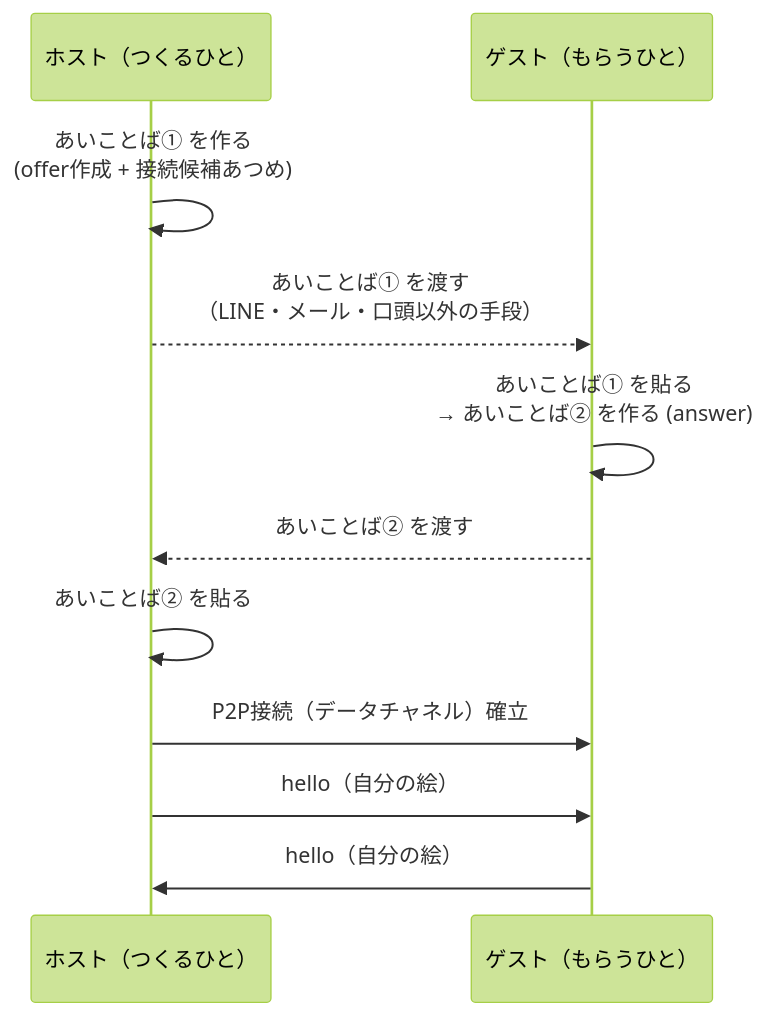
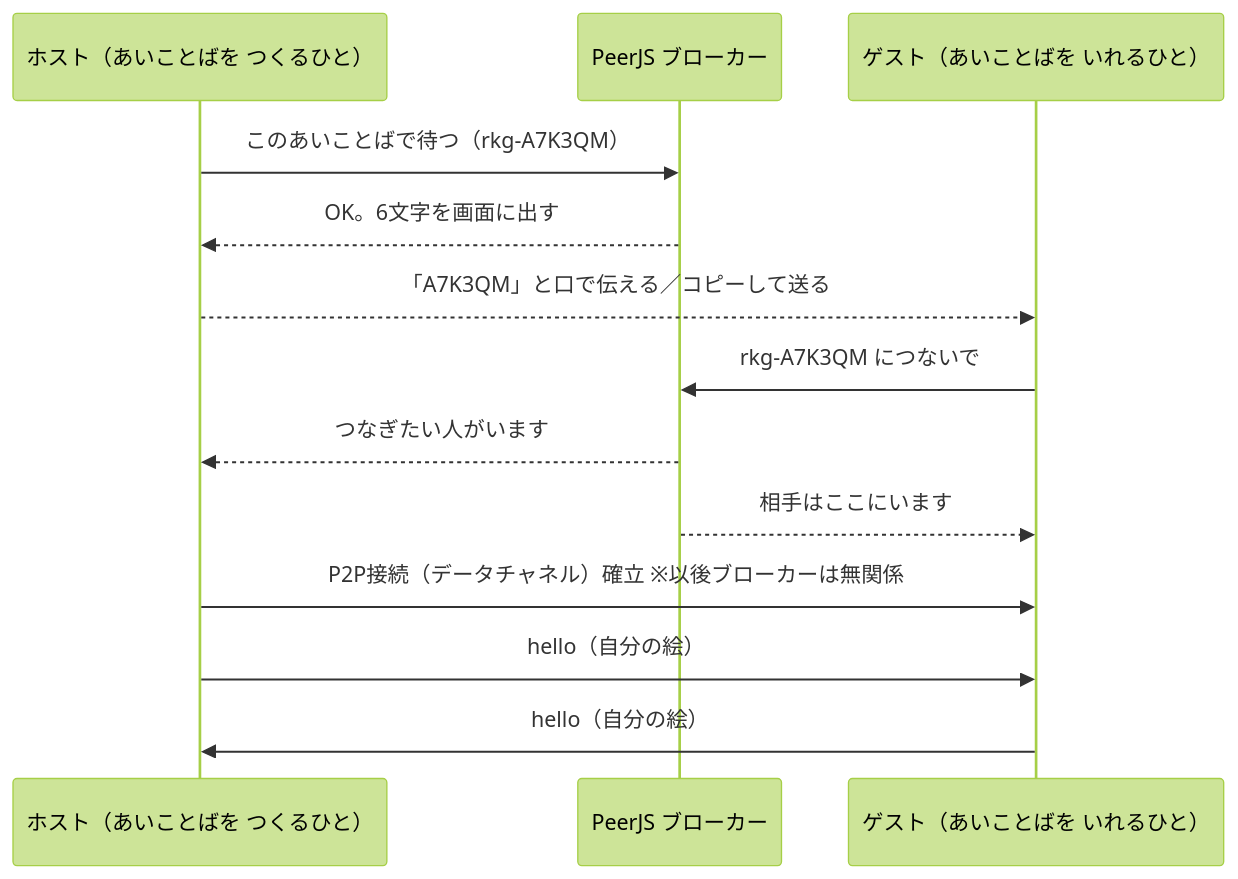
One commit to sakanayuki/cc_rakugaki changed the third of 3 diagrams in DESIGN.md. Above: the diagram before and after it, drawn with Mermaid (forest theme). The commit also changed other lines of this file, not shown here.

First line of the commit message:
設計書: オンラインたいせんのマッチングを PeerJS 方式に変更

````diff
--- a/DESIGN.md
+++ b/DESIGN.md
@@ -1272,13 +1289,15 @@
 ```mermaid
 sequenceDiagram
-    participant A as ホスト（つくるひと）
-    participant B as ゲスト（もらうひと）
-    A->>A: あいことば① を作る<br/>(offer作成 + 接続候補あつめ)
-    A-->>B: あいことば① を渡す<br/>（LINE・メール・口頭以外の手段）
-    B->>B: あいことば① を貼る<br/>→ あいことば② を作る (answer)
-    B-->>A: あいことば② を渡す
-    A->>A: あいことば② を貼る
-    A->>B: P2P接続（データチャネル）確立
+    participant A as ホスト（あいことばを つくるひと）
+    participant S as PeerJS ブローカー
+    participant B as ゲスト（あいことばを いれるひと）
+    A->>S: このあいことばで待つ（rkg-A7K3QM）
+    S-->>A: OK。6文字を画面に出す
+    A-->>B: 「A7K3QM」と口で伝える／コピーして送る
+    B->>S: rkg-A7K3QM につないで
+    S-->>A: つなぎたい人がいます
+    S-->>B: 相手はここにいます
+    A->>B: P2P接続（データチャネル）確立 ※以後ブローカーは無関係
     A->>B: hello（自分の絵）
     B->>A: hello（自分の絵）
 ```
````
